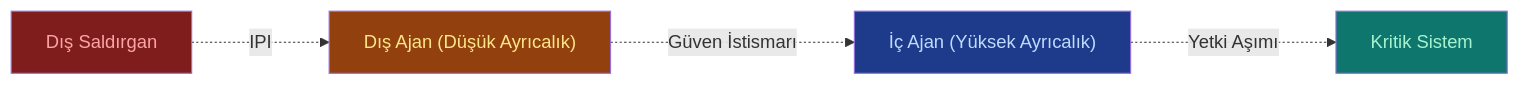
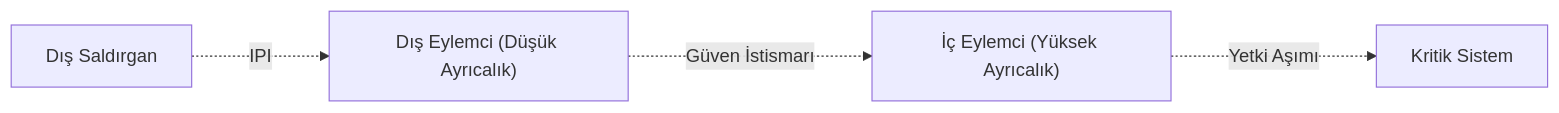
Before and after one commit to yusufarbc/yusufarbc: the second of 2 diagrams in website/content/agentic-ai-protocols-security-vulnerabilities/tr.md, drawn with Mermaid. The commit also changed other lines of this file and 24 other files, not shown here.

````diff
--- a/website/content/agentic-ai-protocols-security-vulnerabilities/tr.md
+++ b/website/content/agentic-ai-protocols-security-vulnerabilities/tr.md
@@ -369,10 +336,6 @@
 ```mermaid
 graph LR
-    A["Dış Saldırgan"] -..->|IPI| B["Dış Ajan (Düşük Ayrıcalık)"]
-    B -..->|Güven İstismarı| C["İç Ajan (Yüksek Ayrıcalık)"]
+    A["Dış Saldırgan"] -..->|IPI| B["Dış Eylemci (Düşük Ayrıcalık)"]
+    B -..->|Güven İstismarı| C["İç Eylemci (Yüksek Ayrıcalık)"]
     C -..->|Yetki Aşımı| D["Kritik Sistem"]
-    style A fill:#7f1d1d,color:#fca5a5
-    style B fill:#92400e,color:#fde68a
-    style C fill:#1e3a8a,color:#bfdbfe
-    style D fill:#0f766e,color:#a7f3d0
 ```
````
